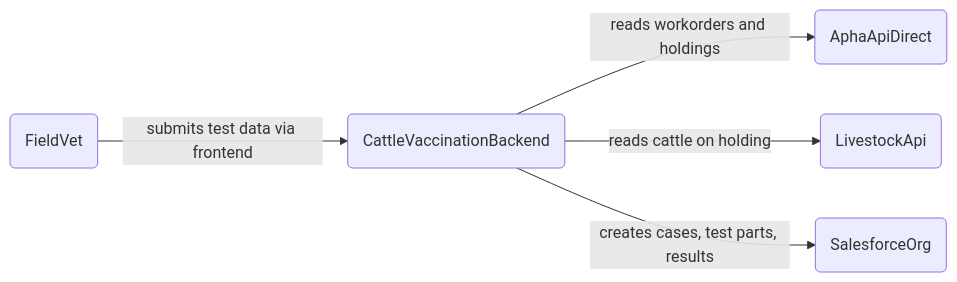
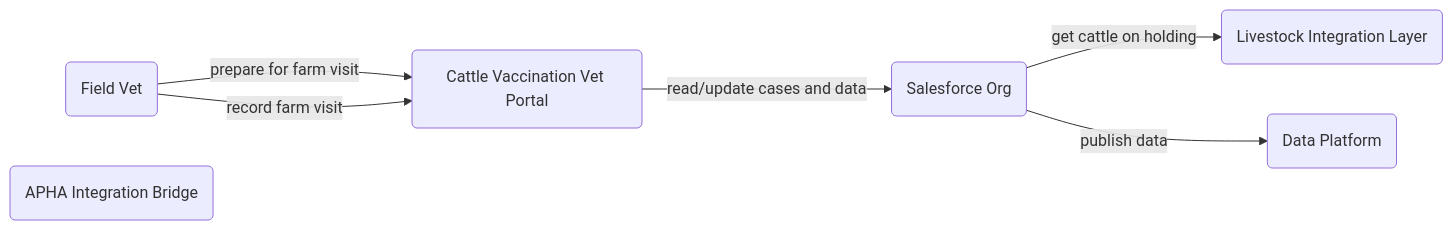
The second of 2 diagrams in technology/data-architecture/evolution-view/README.md (DEFRA/cattle-vaccination-documentation), drawn with Mermaid before and after one commit. The commit also changed other lines of this file and 38 other files, not shown here.

Commit message:
Add data platform, reorder evolution steps. (#18)

````diff
--- a/technology/data-architecture/evolution-view/README.md
+++ b/technology/data-architecture/evolution-view/README.md
@@ -49,13 +47,16 @@
 ```mermaid
 flowchart LR
-  Vet(FieldVet)
-  Backend(CattleVaccinationBackend)
-  SalesforceOrg(SalesforceOrg)
-  AphaApiDirect(AphaApiDirect)
-  LivestockApi(LivestockApi)
+  Vet(Field Vet)
+  Portal(Cattle Vaccination Vet Portal)
+  SalesforceOrg(Salesforce Org)
+  AphaIntegrationBridge(APHA Integration Bridge)
+  LivestockApi(Livestock Integration Layer)
+  DataPlatform(Data Platform)
 
-  Vet -->|"submits test data via frontend"| Backend
-  Backend -->|"reads workorders and holdings"| AphaApiDirect
-  Backend -->|"reads cattle on holding"| LivestockApi
-  Backend -->|"creates cases, test parts, results"| SalesforceOrg
+  
+  Vet -->|"prepare for farm visit"| Portal
+  Vet -->|"record farm visit"| Portal
+  Portal -->|"read/update cases and data"| SalesforceOrg
+  SalesforceOrg -->|"get cattle on holding"| LivestockApi
+  SalesforceOrg -->|"publish data"| DataPlatform
 ```
````
